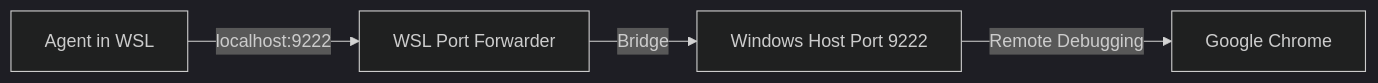
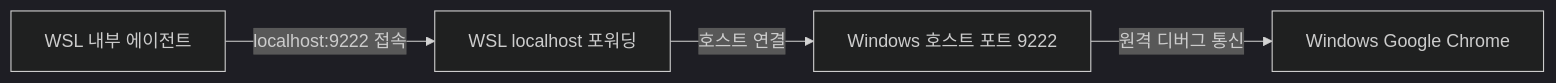
One commit to ejpark78/scraper changed the diagram in docs/browser-testing-setup.md. Above: the diagram before and after it, drawn with Mermaid (dark theme). The commit also changed other lines of this file, not shown here.

````diff
--- a/docs/browser-testing-setup.md
+++ b/docs/browser-testing-setup.md
@@ -59,6 +68,6 @@
 ```mermaid
 graph LR
-    WSL_Agent[Agent in WSL] -->|localhost:9222| WSL_Port[WSL Port Forwarder]
-    WSL_Port -->|Bridge| Win_Host[Windows Host Port 9222]
-    Win_Host -->|Remote Debugging| Win_Chrome[Google Chrome]
+    WSL_Agent[WSL 내부 에이전트] -->|localhost:9222 접속| WSL_Port[WSL localhost 포워딩]
+    WSL_Port -->|호스트 연결| Win_Host[Windows 호스트 포트 9222]
+    Win_Host -->|원격 디버그 통신| Win_Chrome[Windows Google Chrome]
 ```
````
